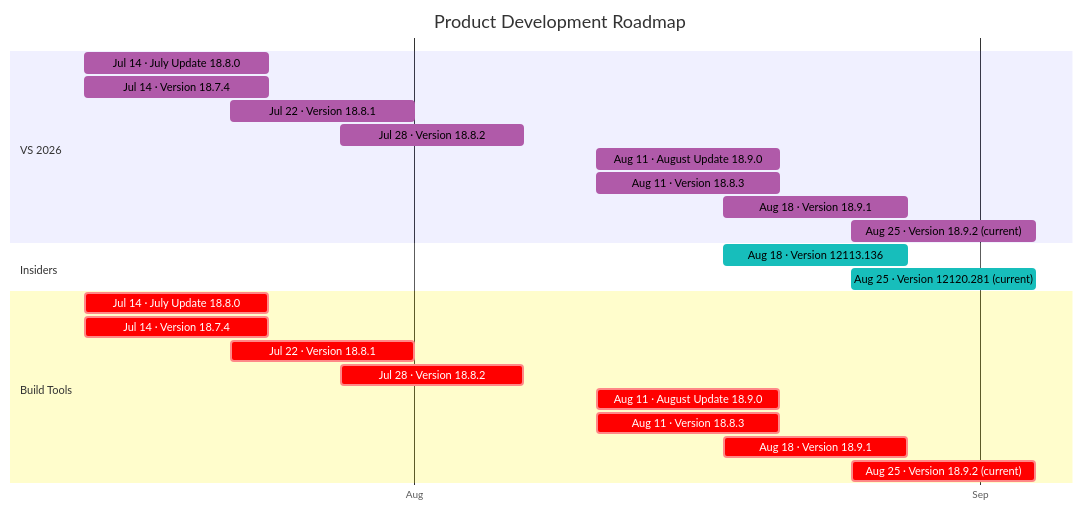
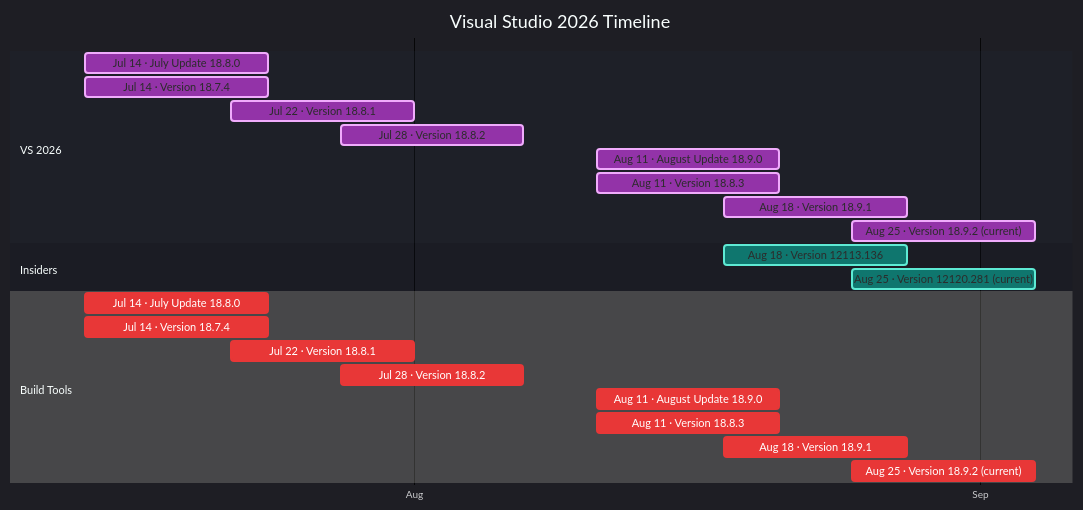
The diagram in docs/visual-studio-2026.md (Oxelya-DevTools/VisualStudioUpdate), drawn with Mermaid before and after one commit. The commit also changed 1 other file, not shown here.

Commit message:
Update VS Code timeline, add Atom feed, dark Gantt theme
Enhanced Mermaid Gantt chart theme to a custom dark style in TimelineMarkdownWriter.cs and visual-studio-2026.md for improved readability. Added vscode.atom with an Atom feed of recent VS Code releases. Introduced vscode.md featuring a Markdown timeline, release table, and Gantt chart using the new theme.

````diff
--- a/docs/visual-studio-2026.md
+++ b/docs/visual-studio-2026.md
@@ -9,29 +9,29 @@
 ```mermaid
-%%{init: {'theme':'default','themeVariables': { 'fontFamily': 'Segoe UI', 'fontSize': '24px', 'taskTextColor': '#FFFFFF', 'taskBkgColor': '#22B8CF', 'taskBorderColor': '#22B8CF', 'doneTaskBkgColor': '#B05AA9', 'doneTaskBorderColor': '#B05AA9', 'activeTaskBkgColor': '#17BEBB', 'activeTaskBorderColor': '#17BEBB', 'critTaskBkgColor': '#FF6B57', 'critTaskBorderColor': '#FF6B57' }}}%%
+%%{init: {'theme':'dark','themeVariables': { 'fontFamily': 'Segoe UI', 'fontSize': '24px', 'textColor': '#F3F4F6', 'titleTextColor': '#FFFFFF', 'taskTextColor': '#FFFFFF', 'taskTextLightColor': '#FFFFFF', 'taskTextOutsideColor': '#F3F4F6', 'taskBkgColor': '#0891B2', 'taskBorderColor': '#67E8F9', 'doneTaskBkgColor': '#9333A8', 'doneTaskBorderColor': '#F0ABFC', 'activeTaskBkgColor': '#0F766E', 'activeTaskBorderColor': '#5EEAD4', 'critTaskBkgColor': '#C2410C', 'critTaskBorderColor': '#FDBA74', 'sectionBkgColor': '#1F2937', 'altSectionBkgColor': '#111827', 'gridColor': '#4B5563', 'todayLineColor': '#F87171' }}}%%
 gantt
-    title Product Development Roadmap
+    title Visual Studio 2026 Timeline
     dateFormat  YYYY-MM-DD
     axisFormat  %b
     tickInterval 1month
     section VS 2026
     Jul 14 · July Update 18.8.0 : done, vs2026202607140, 2026-07-14, 10d
     Jul 14 · Version 18.7.4 : done, vs2026202607141, 2026-07-14, 10d
     Jul 22 · Version 18.8.1 : done, vs2026202607222, 2026-07-22, 10d
     Jul 28 · Version 18.8.2 : done, vs2026202607283, 2026-07-28, 10d
     Aug 11 · August Update 18.9.0 : done, vs2026202608114, 2026-08-11, 10d
     Aug 11 · Version 18.8.3 : done, vs2026202608115, 2026-08-11, 10d
     Aug 18 · Version 18.9.1 : done, vs2026202608186, 2026-08-18, 10d
     Aug 25 · Version 18.9.2 (current) : done, vs2026202608257, 2026-08-25, 10d
     section Insiders
     Aug 18 · Version 12113.136 : active, insiders202608180, 2026-08-18, 10d
     Aug 25 · Version 12120.281 (current) : active, insiders202608251, 2026-08-25, 10d
     section Build Tools
     Jul 14 · July Update 18.8.0 : crit, buildtools202607140, 2026-07-14, 10d
     Jul 14 · Version 18.7.4 : crit, buildtools202607141, 2026-07-14, 10d
     Jul 22 · Version 18.8.1 : crit, buildtools202607222, 2026-07-22, 10d
     Jul 28 · Version 18.8.2 : crit, buildtools202607283, 2026-07-28, 10d
     Aug 11 · August Update 18.9.0 : crit, buildtools202608114, 2026-08-11, 10d
     Aug 11 · Version 18.8.3 : crit, buildtools202608115, 2026-08-11, 10d
     Aug 18 · Version 18.9.1 : crit, buildtools202608186, 2026-08-18, 10d
     Aug 25 · Version 18.9.2 (current) : crit, buildtools202608257, 2026-08-25, 10d
 ```
````
